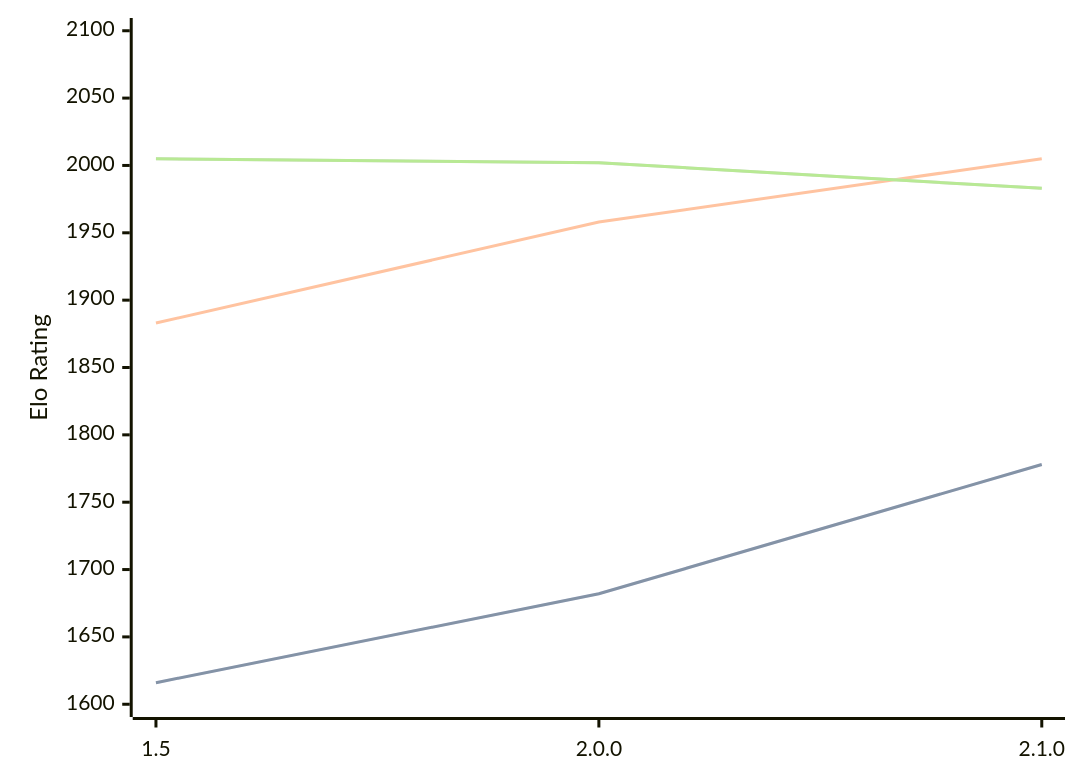
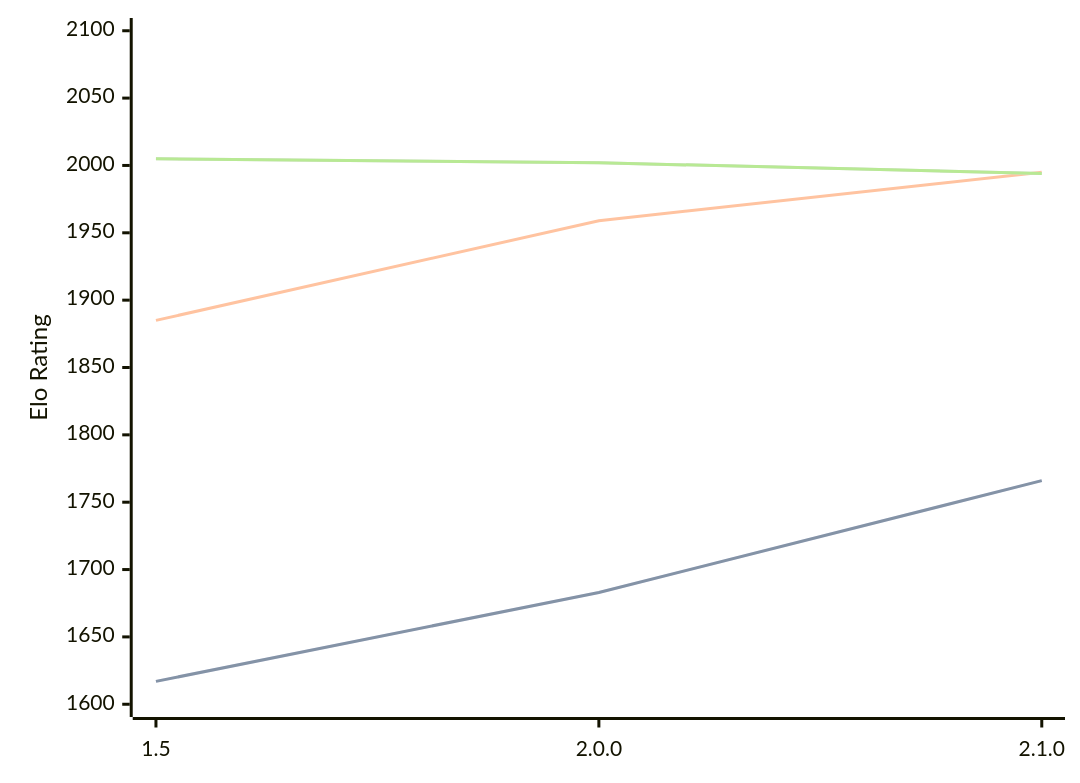
Before and after one commit to computer-chess-index/cci: the diagram in engines/Rudim.md, drawn with Mermaid. The commit also changed other lines of this file, not shown here.

Commit message:
Update CCI Ratings (ELO VLTC) - 2026-05-17

````diff
--- a/engines/Rudim.md
+++ b/engines/Rudim.md
@@ -38,11 +40,11 @@
 ```mermaid
 %%{init: {"theme":"base","themeVariables":{"seriesColors:['#a3a3a3','#222221','#faa371']}}}%%
 xychart-beta
   x-axis ["1.5", "2.0.0", "2.1.0"]
   y-axis "Elo Rating" 1600 --> 2100
-  line "STC (8.0+0.08s)" [1616, 1682, 1778]
-  line "STC (8.0+0.08s)" [1616, 1682, 1778]
-  line "LTC (60.0+0.60s)" [1883, 1958, 2005]
-  line "VLTC (2m24s+1.12s)" [2005, 2002, 1983]
-  line "VLTC (2m24s+1.12s)" [2005, 2002, 1983]
+  line "STC (8.0+0.08s)" [1617, 1683, 1766]
+  line "STC (8.0+0.08s)" [1617, 1683, 1766]
+  line "LTC (60.0+0.60s)" [1885, 1959, 1995]
+  line "VLTC (2m24s+1.12s)" [2005, 2002, 1994]
+  line "VLTC (2m24s+1.12s)" [2005, 2002, 1994]
 ```
````
